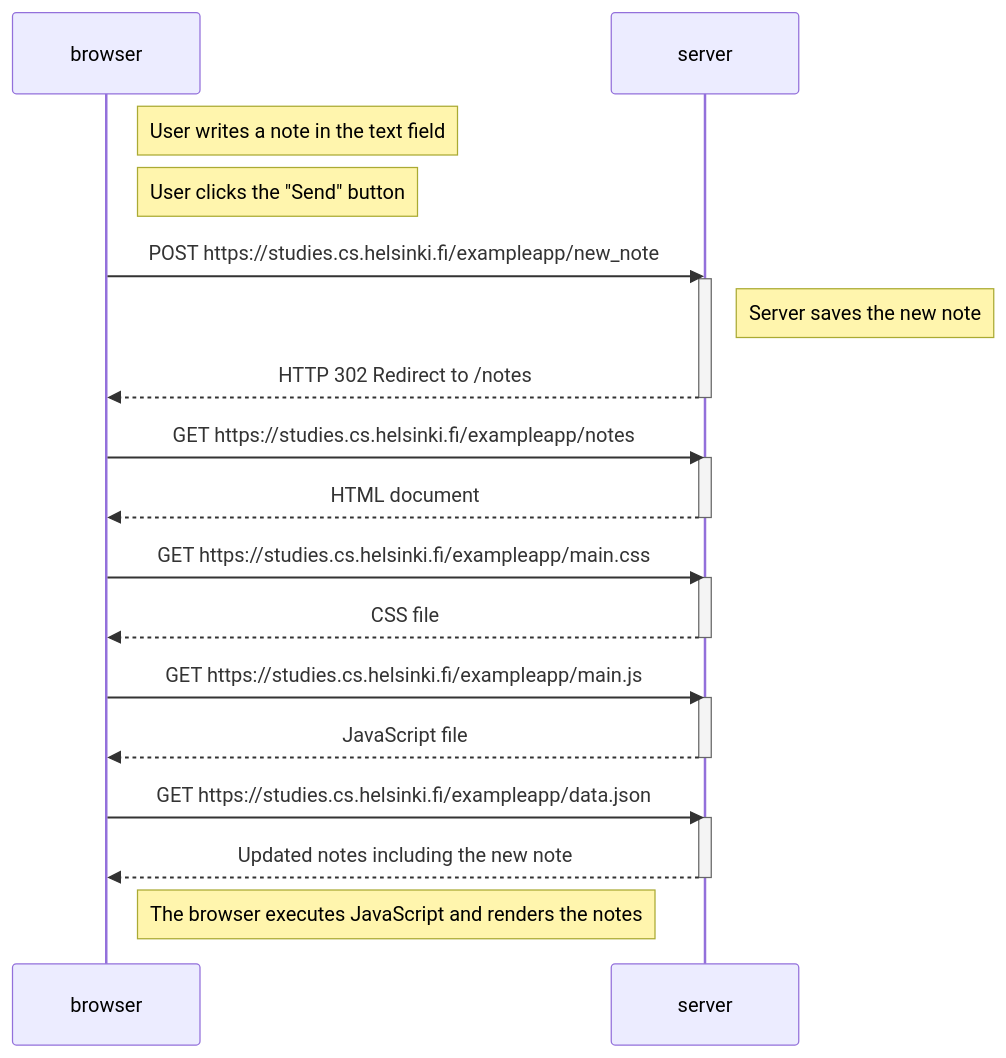
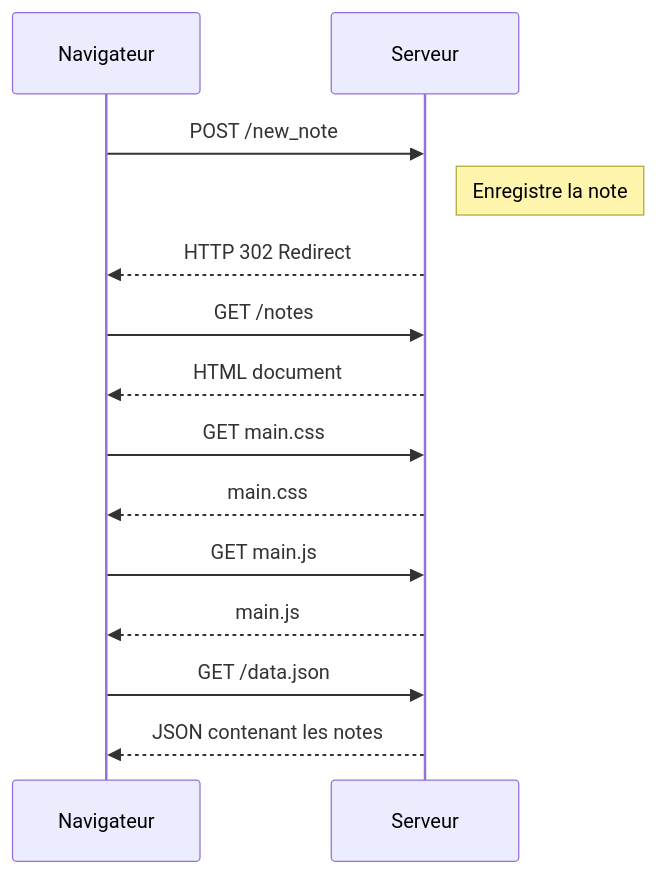
The diagram in part0/0.4-new-note.md (zareszee/Fullstack-open-2026), drawn with Mermaid before and after one commit. The commit also changed other lines of this file, not shown here.

Commit message:
Translate sequence diagram participants and notes to French
Updated sequence diagram and explanations with French labels.

````diff
--- a/part0/0.4-new-note.md
+++ b/part0/0.4-new-note.md
@@ -1,36 +6,21 @@
 ```mermaid
 sequenceDiagram
-    participant browser
-    participant server
+    participant browser as Navigateur
+    participant server as Serveur
 
-    Note right of browser: User writes a note in the text field
-    Note right of browser: User clicks the "Send" button
+    browser->>server: POST /new_note
+    Note right of server: Enregistre la note
+    server-->>browser: HTTP 302 Redirect
 
-    browser->>server: POST https://studies.cs.helsinki.fi/exampleapp/new_note
-    activate server
-    Note right of server: Server saves the new note
-    server-->>browser: HTTP 302 Redirect to /notes
-    deactivate server
+    browser->>server: GET /notes
+    server-->>browser: HTML document
 
-    browser->>server: GET https://studies.cs.helsinki.fi/exampleapp/notes
-    activate server
-    server-->>browser: HTML document
-    deactivate server
+    browser->>server: GET main.css
+    server-->>browser: main.css
 
-    browser->>server: GET https://studies.cs.helsinki.fi/exampleapp/main.css
-    activate server
-    server-->>browser: CSS file
-    deactivate server
+    browser->>server: GET main.js
+    server-->>browser: main.js
 
-    browser->>server: GET https://studies.cs.helsinki.fi/exampleapp/main.js
-    activate server
-    server-->>browser: JavaScript file
-    deactivate server
-
-    browser->>server: GET https://studies.cs.helsinki.fi/exampleapp/data.json
-    activate server
-    server-->>browser: Updated notes including the new note
-    deactivate server
-
-    Note right of browser: The browser executes JavaScript and renders the notes
+    browser->>server: GET /data.json
+    server-->>browser: JSON contenant les notes
 ```
````
